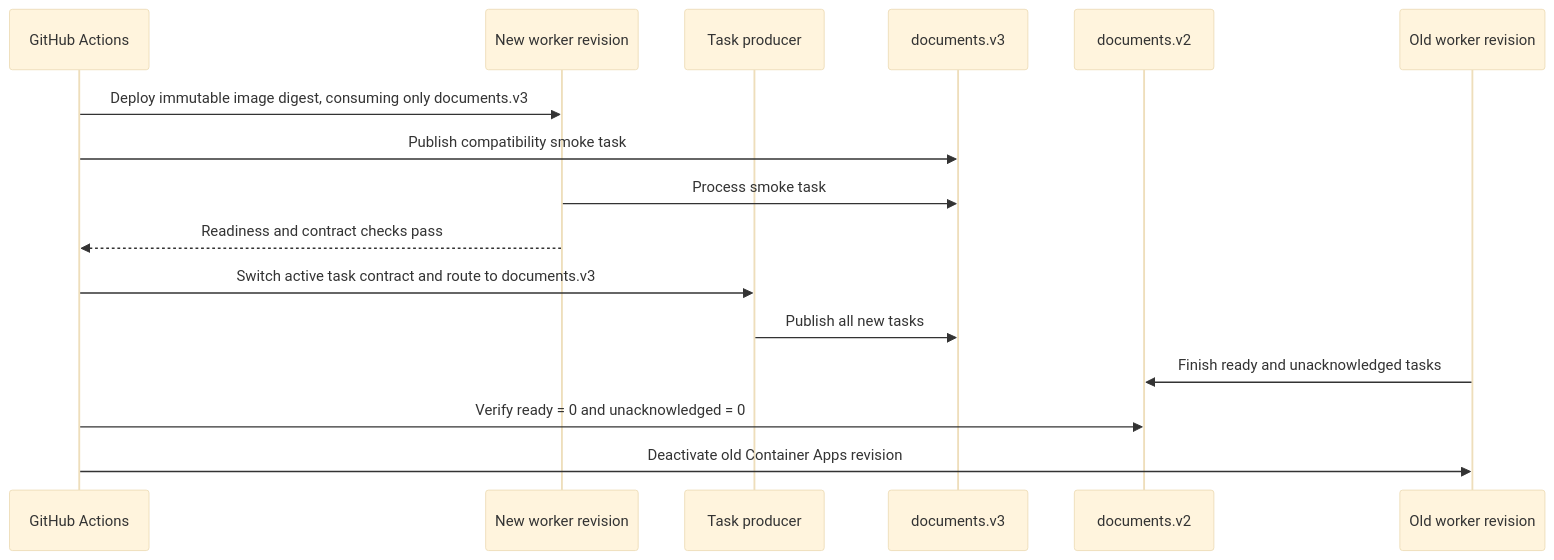
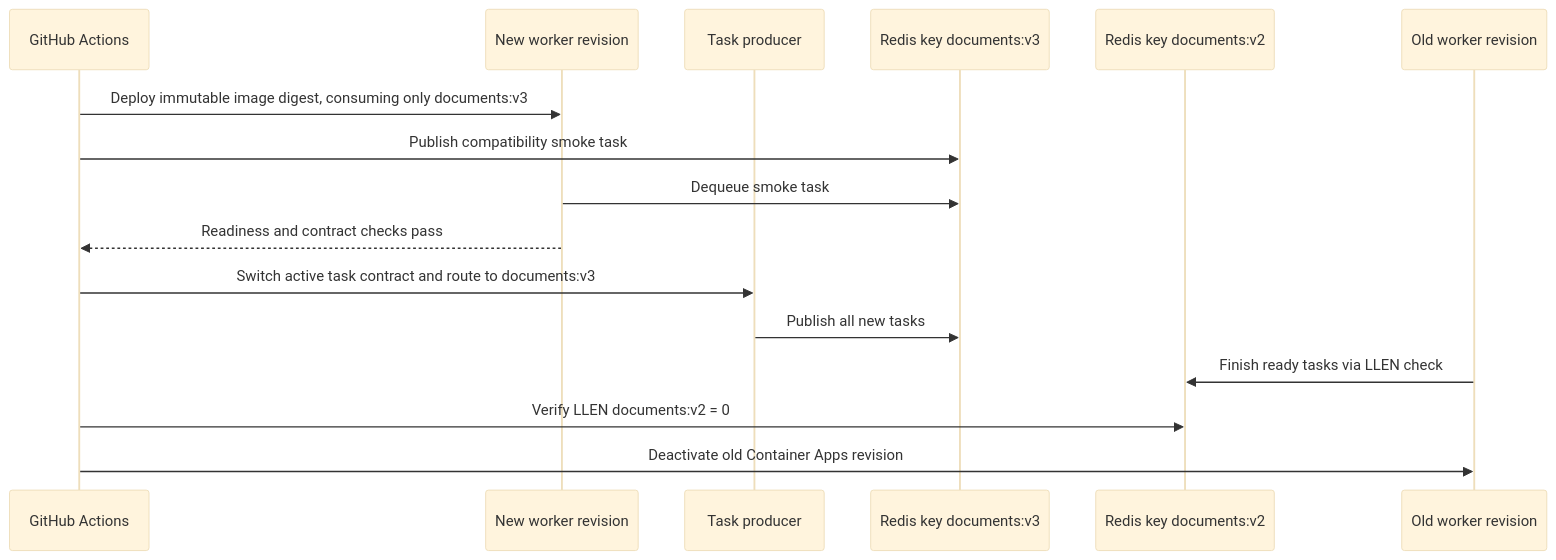
Before and after one commit to particle1331/watchtower: the third of 3 diagrams in projects/ml-platform/mlops-services-diagram.md, drawn with Mermaid (base theme). The commit also changed other lines of this file and 4 other files, not shown here.

First line of the commit message:
Switch to self-hosted Redis from managed RabbitMQ

````diff
--- a/projects/ml-platform/mlops-services-diagram.md
+++ b/projects/ml-platform/mlops-services-diagram.md
@@ -179,19 +178,19 @@
 ```mermaid
 sequenceDiagram
     participant CI as GitHub Actions
     participant New as New worker revision
     participant Producer as Task producer
-    participant QNew as documents.v3
-    participant QOld as documents.v2
+    participant RNew as Redis key documents:v3
+    participant ROld as Redis key documents:v2
     participant Old as Old worker revision
 
-    CI->>New: Deploy immutable image digest, consuming only documents.v3
-    CI->>QNew: Publish compatibility smoke task
-    New->>QNew: Process smoke task
+    CI->>New: Deploy immutable image digest, consuming only documents:v3
+    CI->>RNew: Publish compatibility smoke task
+    New->>RNew: Dequeue smoke task
     New-->>CI: Readiness and contract checks pass
-    CI->>Producer: Switch active task contract and route to documents.v3
-    Producer->>QNew: Publish all new tasks
-    Old->>QOld: Finish ready and unacknowledged tasks
-    CI->>QOld: Verify ready = 0 and unacknowledged = 0
+    CI->>Producer: Switch active task contract and route to documents:v3
+    Producer->>RNew: Publish all new tasks
+    Old->>ROld: Finish ready tasks via LLEN check
+    CI->>ROld: Verify LLEN documents:v2 = 0
     CI->>Old: Deactivate old Container Apps revision
 ```
````
